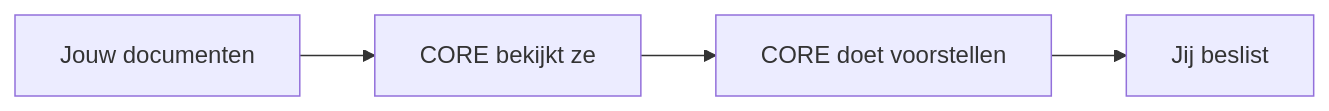
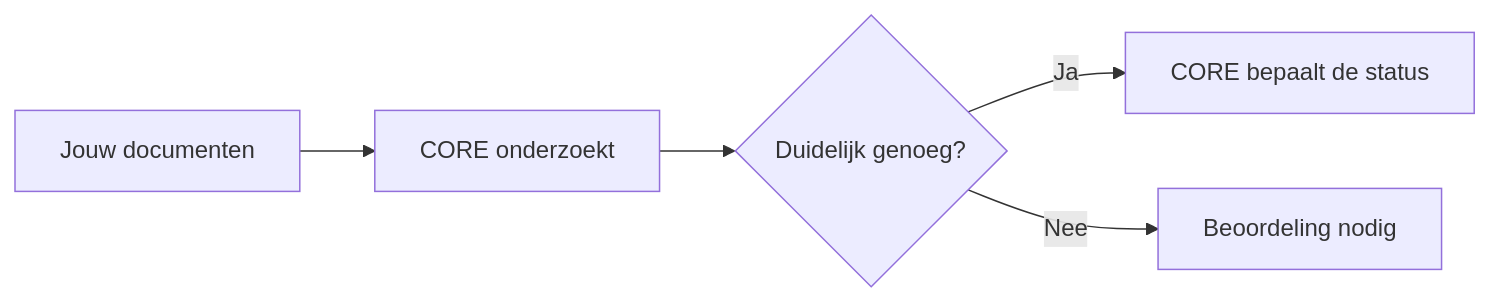
One commit to hugcoding/core-platform changed the first of 9 diagrams in docs/wiki/core-in-gewone-taal.md. Above: the diagram before and after it, drawn with Mermaid. The commit also changed other lines of this file, not shown here.

Commit message:
Expand plain-language CORE lifecycle flow

````diff
--- a/docs/wiki/core-in-gewone-taal.md
+++ b/docs/wiki/core-in-gewone-taal.md
@@ -9,6 +10,7 @@
 ```mermaid
 flowchart LR
-    A["Jouw documenten"] --> B["CORE bekijkt ze"]
-    B --> C["CORE doet voorstellen"]
-    C --> D["Jij beslist"]
+    A["Jouw documenten"] --> B["CORE onderzoekt"]
+    B --> C{"Duidelijk genoeg?"}
+    C -->|Ja| D["CORE bepaalt de status"]
+    C -->|Nee| E["Beoordeling nodig"]
 ```
````
